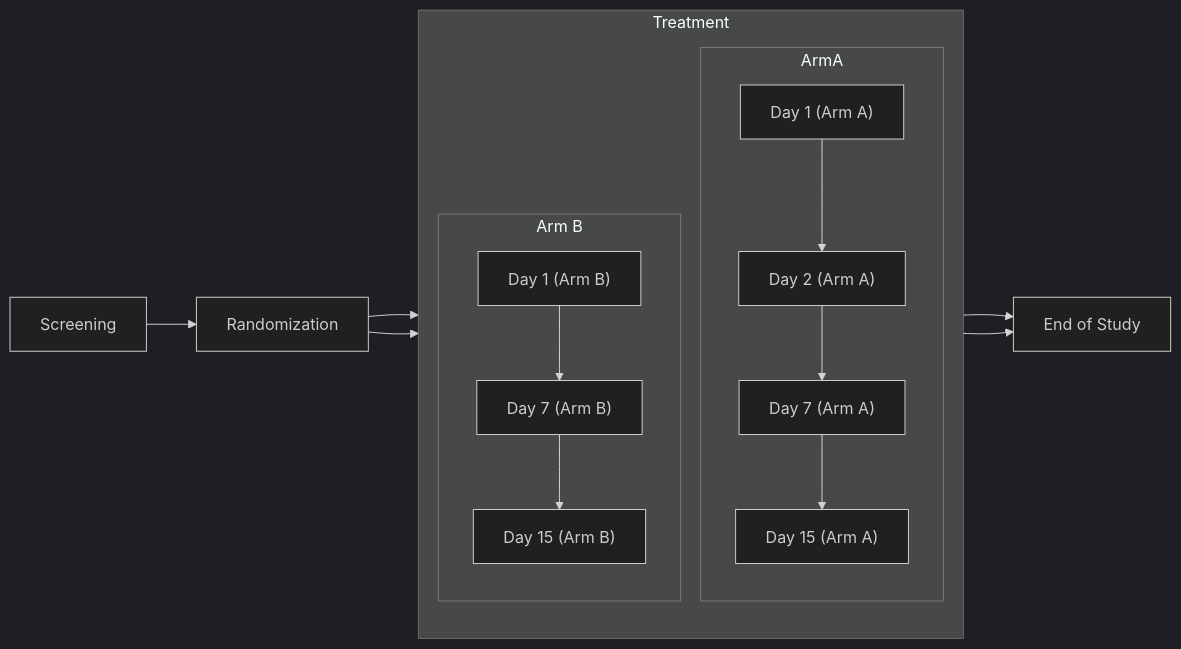
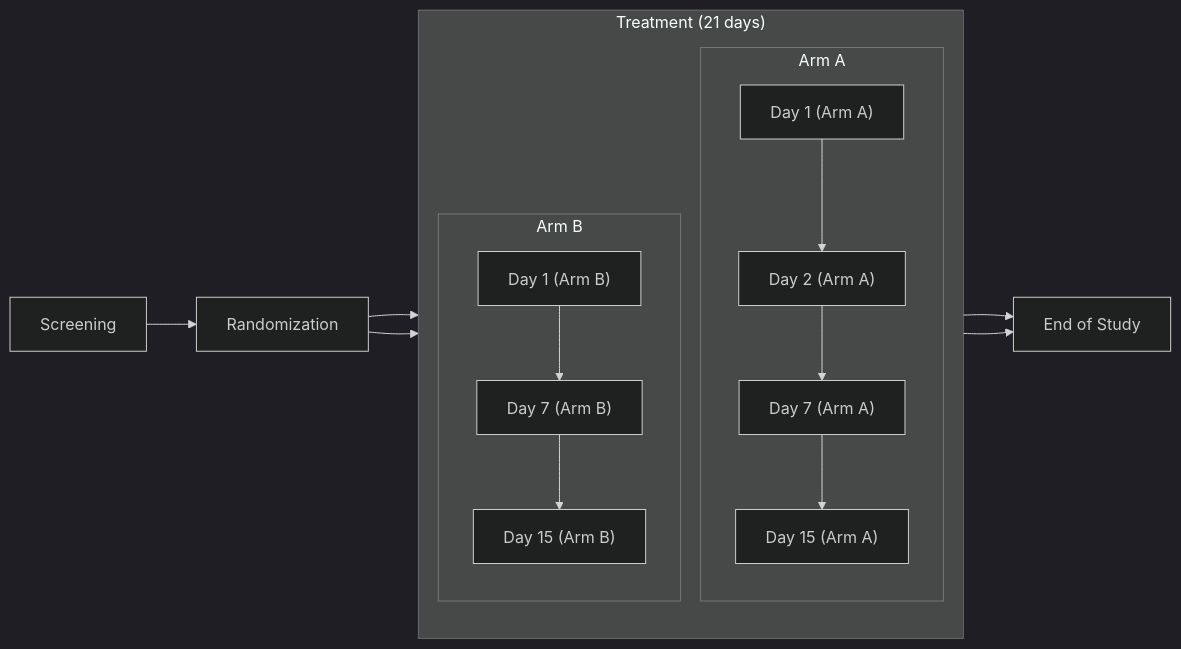
One commit to HL7/Vulcan-schedule-ig changed the third of 4 diagrams in input/pagecontent/dynamic-visit-plans.md. Above: the diagram before and after it, drawn with Mermaid (dark theme). The commit also changed other lines of this file, not shown here.

````diff
--- a/input/pagecontent/dynamic-visit-plans.md
+++ b/input/pagecontent/dynamic-visit-plans.md
@@ -597,30 +601,30 @@
 ```mermaid
 graph LR;
   Screening[Screening]
   Baseline[Randomization]
   TreatmentDay1ArmA["Day 1 (Arm A)"]
   TreatmentDay2ArmA["Day 2 (Arm A)"]
   TreatmentDay7ArmA["Day 7 (Arm A)"]
   TreatmentDay15ArmA["Day 15 (Arm A)"]
   TreatmentDay1ArmB["Day 1 (Arm B)"]
   TreatmentDay7ArmB["Day 7 (Arm B)"]
   TreatmentDay15ArmB["Day 15 (Arm B)"]
   EndOfStudy["End of Study"]
   Screening-->Baseline
   Baseline-->TreatmentDay1ArmA
   Baseline-->TreatmentDay1ArmB
   TreatmentDay15ArmA-->EndOfStudy
   TreatmentDay15ArmB-->EndOfStudy
-  subgraph Treatment
+  subgraph "Treatment (21 days)"
     direction TB
-    subgraph ArmA
+    subgraph "Arm A"
       TreatmentDay1ArmA --> TreatmentDay2ArmA
       TreatmentDay2ArmA --> TreatmentDay7ArmA
       TreatmentDay7ArmA --> TreatmentDay15ArmA
     end
     subgraph "Arm B"
       TreatmentDay1ArmB --> TreatmentDay7ArmB
       TreatmentDay7ArmB --> TreatmentDay15ArmB
     end
   end
 ```
````
